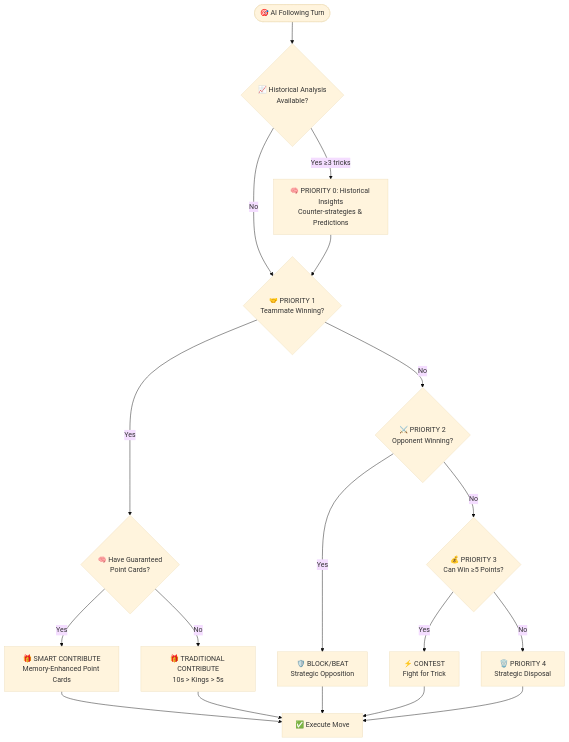
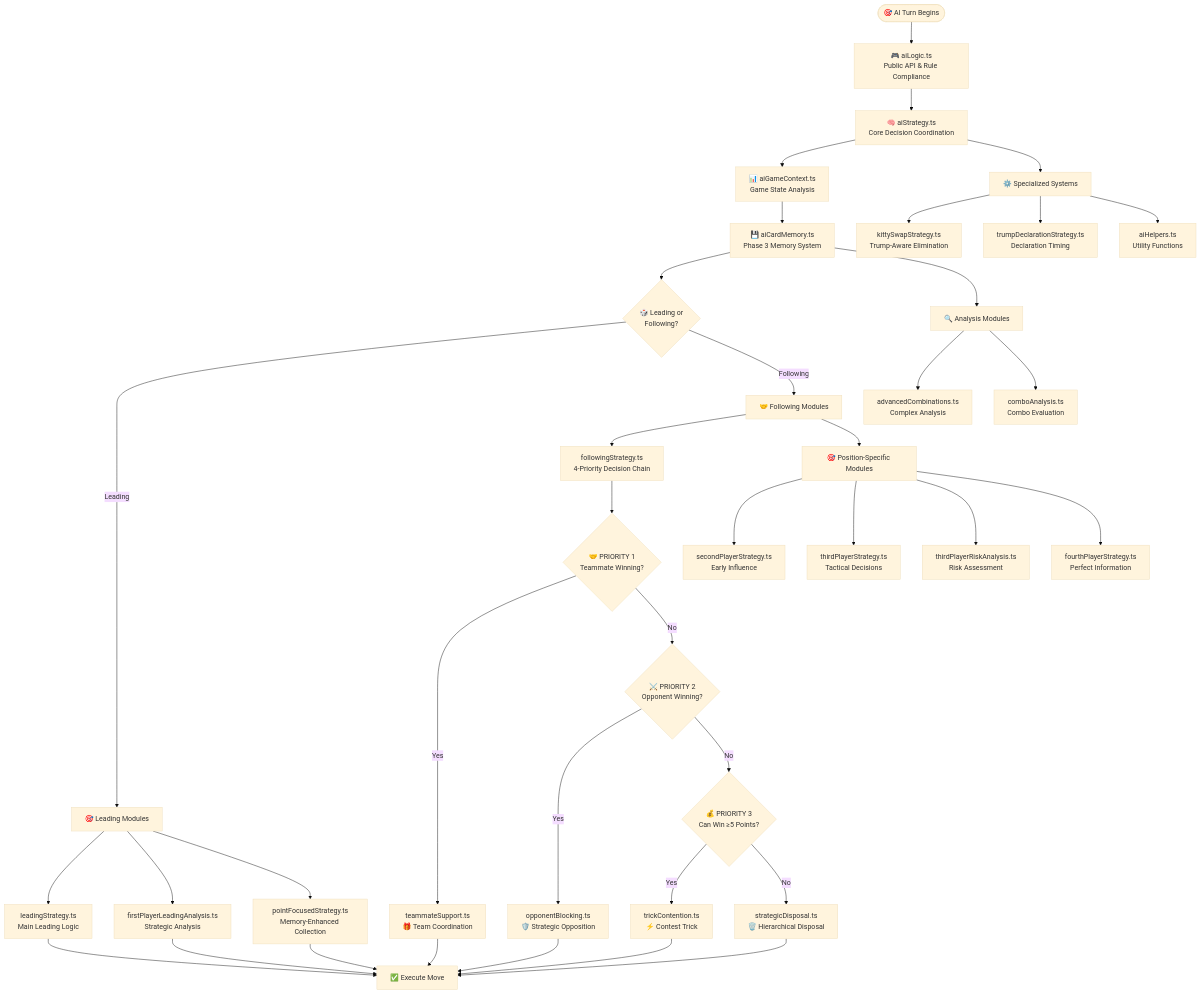
The diagram in docs/AI_SYSTEM.md (ejfn/Tractor), drawn with Mermaid (base theme) before and after one commit. The commit also changed other lines of this file and 73 other files, not shown here.

First line of the commit message:
Major Refactor: Unify Trick Structure and Modularize AI Architecture (#173)

````diff
--- a/docs/AI_SYSTEM.md
+++ b/docs/AI_SYSTEM.md
@@ -24,23 +105,49 @@
 ```mermaid
 flowchart TD
-    Start([🎯 AI Following Turn]) --> Historical{📈 Historical Analysis<br/>Available?}
-    Historical -->|Yes ≥3 tricks| Phase4[🧠 PRIORITY 0: Historical Insights<br/>Counter-strategies & Predictions]
-    Historical -->|No| P1{🤝 PRIORITY 1<br/>Teammate Winning?}
+    Start([🎯 AI Turn Begins]) --> Logic[🎮 aiLogic.ts<br/>Public API & Rule Compliance]
+    Logic --> Strategy[🧠 aiStrategy.ts<br/>Core Decision Coordination]
+    Strategy --> Context[📊 aiGameContext.ts<br/>Game State Analysis]
+    Context --> Memory[💾 aiCardMemory.ts<br/>Phase 3 Memory System]
     
-    Phase4 --> P1
-    P1 -->|Yes| Memory{🧠 Have Guaranteed<br/>Point Cards?}
-    Memory -->|Yes| SmartContribute[🎁 SMART CONTRIBUTE<br/>Memory-Enhanced Point Cards]
-    Memory -->|No| Contribute[🎁 TRADITIONAL CONTRIBUTE<br/>10s > Kings > 5s]
+    Memory --> Leading{🎲 Leading or<br/>Following?}
     
+    Leading -->|Leading| LeadingMods[🎯 Leading Modules]
+    Leading -->|Following| FollowingMods[🤝 Following Modules]
+    
+    LeadingMods --> LeadStrategy[leadingStrategy.ts<br/>Main Leading Logic]
+    LeadingMods --> FirstAnalysis[firstPlayerLeadingAnalysis.ts<br/>Strategic Analysis]
+    LeadingMods --> PointFocus[pointFocusedStrategy.ts<br/>Memory-Enhanced Collection]
+    
+    FollowingMods --> FollowStrategy[followingStrategy.ts<br/>4-Priority Decision Chain]
+    FollowStrategy --> P1{🤝 PRIORITY 1<br/>Teammate Winning?}
+    
+    P1 -->|Yes| TeamSupport[teammateSupport.ts<br/>🎁 Team Coordination]
     P1 -->|No| P2{⚔️ PRIORITY 2<br/>Opponent Winning?}
-    P2 -->|Yes| Block[🛡️ BLOCK/BEAT<br/>Strategic Opposition]
+    P2 -->|Yes| OpponentBlock[opponentBlocking.ts<br/>🛡️ Strategic Opposition]
     P2 -->|No| P3{💰 PRIORITY 3<br/>Can Win ≥5 Points?}
-    P3 -->|Yes| Contest[⚡ CONTEST<br/>Fight for Trick]
-    P3 -->|No| P4[🗑️ PRIORITY 4<br/>Strategic Disposal]
+    P3 -->|Yes| TrickContest[trickContention.ts<br/>⚡ Contest Trick]
+    P3 -->|No| StrategicDisp[strategicDisposal.ts<br/>🗑️ Hierarchical Disposal]
     
-    SmartContribute --> Execute[✅ Execute Move]
-    Contribute --> Execute
-    Block --> Execute
-    Contest --> Execute
-    P4 --> Execute
+    FollowingMods --> PositionMods[🎯 Position-Specific Modules]
+    PositionMods --> Second[secondPlayerStrategy.ts<br/>Early Influence]
+    PositionMods --> Third[thirdPlayerStrategy.ts<br/>Tactical Decisions]
+    PositionMods --> ThirdRisk[thirdPlayerRiskAnalysis.ts<br/>Risk Assessment]
+    PositionMods --> Fourth[fourthPlayerStrategy.ts<br/>Perfect Information]
+    
+    Memory --> Analysis[🔍 Analysis Modules]
+    Analysis --> AdvCombo[advancedCombinations.ts<br/>Complex Analysis]
+    Analysis --> ComboAnalysis[comboAnalysis.ts<br/>Combo Evaluation]
+    
+    Strategy --> Specialized[⚙️ Specialized Systems]
+    Specialized --> KittySwap[kittySwapStrategy.ts<br/>Trump-Aware Elimination]
+    Specialized --> TrumpDecl[trumpDeclarationStrategy.ts<br/>Declaration Timing]
+    Specialized --> AIHelpers[aiHelpers.ts<br/>Utility Functions]
+    
+    TeamSupport --> Execute[✅ Execute Move]
+    OpponentBlock --> Execute
+    TrickContest --> Execute
+    StrategicDisp --> Execute
+    LeadStrategy --> Execute
+    FirstAnalysis --> Execute
+    PointFocus --> Execute
 ```
````
